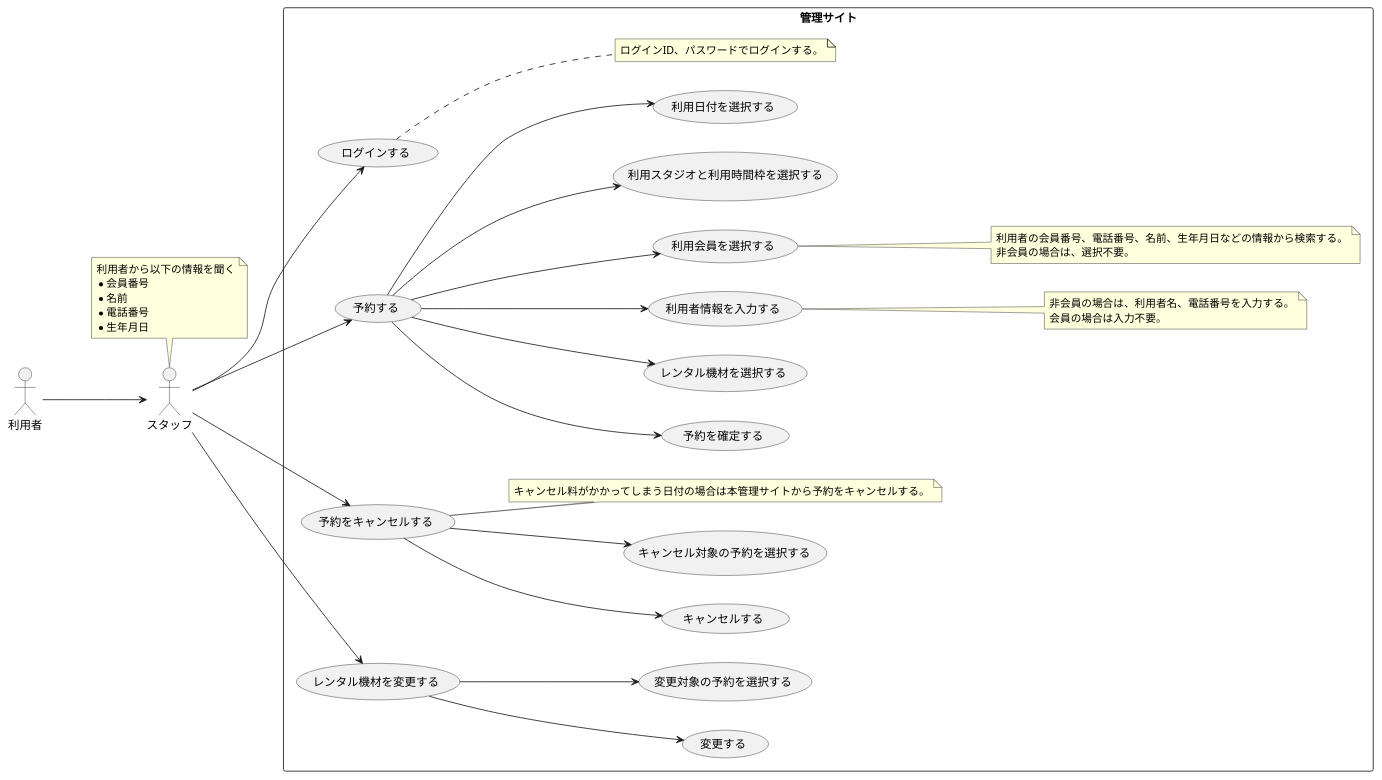
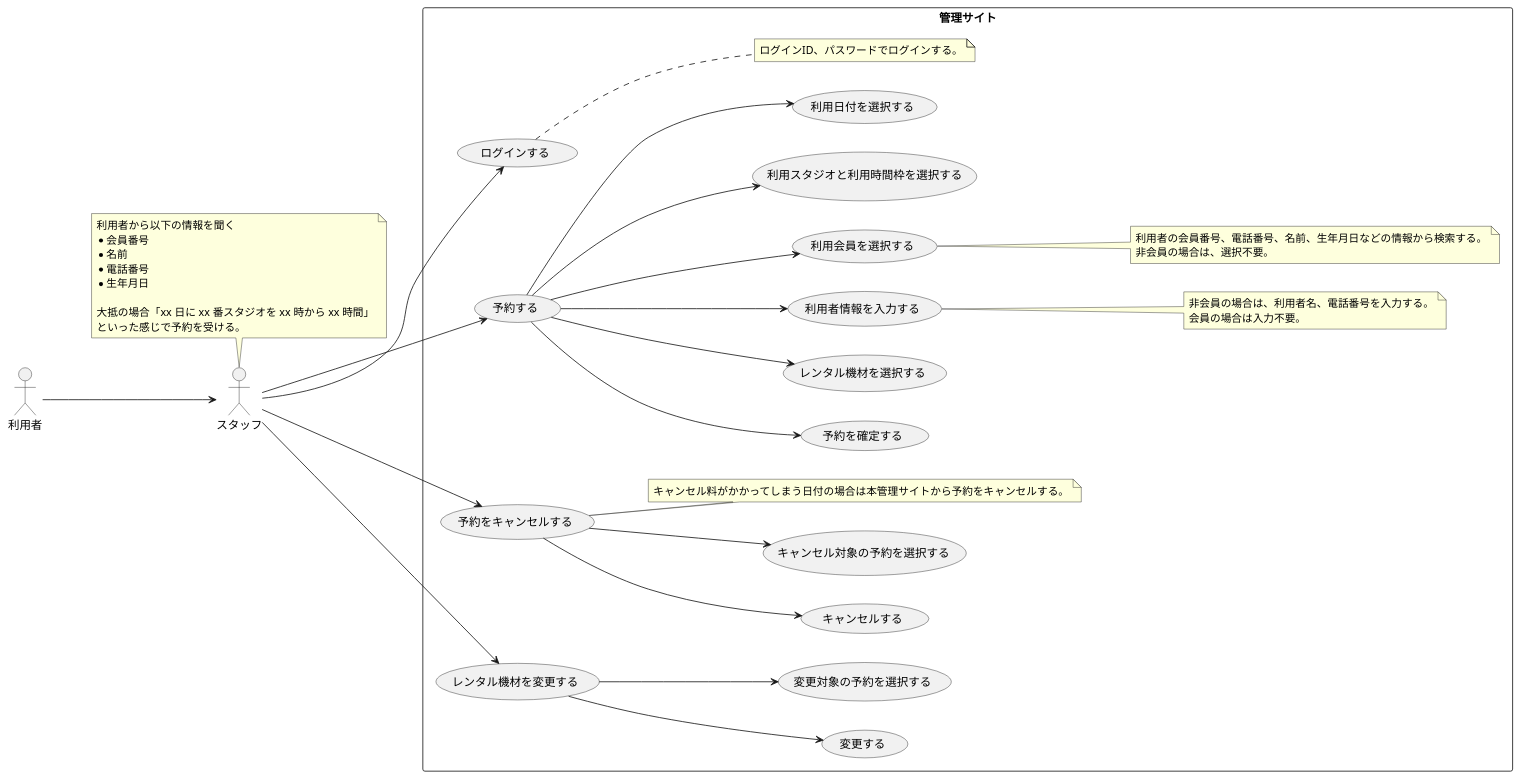
One commit to TakashiOnawa/ddd-practice-studio-reservation changed the diagram in modeling/05_Usecase_電話予約.pu. Above: the diagram before and after it, drawn with PlantUML. The commit also changed 16 other files, not shown here.

```diff
--- a/modeling/05_Usecase_電話予約.pu
+++ b/modeling/05_Usecase_電話予約.pu
@@ -1,55 +1,58 @@
 @startuml Usecase
 
 left to right direction
 
 actor 利用者
 actor スタッフ
 
 利用者 --> スタッフ
 
 note top of スタッフ
 利用者から以下の情報を聞く
 * 会員番号
 * 名前
 * 電話番号
 * 生年月日
+
+大抵の場合「xx 日に xx 番スタジオを xx 時から xx 時間」
+といった感じで予約を受ける。
 end note
 
 rectangle 管理サイト {
     スタッフ --> (ログインする)
     スタッフ --> (予約する)
     (予約する) --> (予約を確定する)
     (予約する) --> (レンタル機材を選択する)
     (予約する) --> (利用者情報を入力する)
     (予約する) --> (利用会員を選択する)
     (予約する) --> (利用スタジオと利用時間枠を選択する)
     (予約する) --> (利用日付を選択する)
 
     note right of (ログインする)
     ログインID、パスワードでログインする。
     end note
 
     note right of (利用会員を選択する)
     利用者の会員番号、電話番号、名前、生年月日などの情報から検索する。
     非会員の場合は、選択不要。
     end note
 
     note right of (利用者情報を入力する)
     非会員の場合は、利用者名、電話番号を入力する。
     会員の場合は入力不要。
     end note
 
     スタッフ --> (予約をキャンセルする)
     (予約をキャンセルする) --> (キャンセルする)
     (予約をキャンセルする) --> (キャンセル対象の予約を選択する)
 
     note right of (予約をキャンセルする)
     キャンセル料がかかってしまう日付の場合は本管理サイトから予約をキャンセルする。
     end note
 
     スタッフ --> (レンタル機材を変更する)
     (レンタル機材を変更する) --> (変更する)
     (レンタル機材を変更する) --> (変更対象の予約を選択する)
 }
 
 @enduml
```
